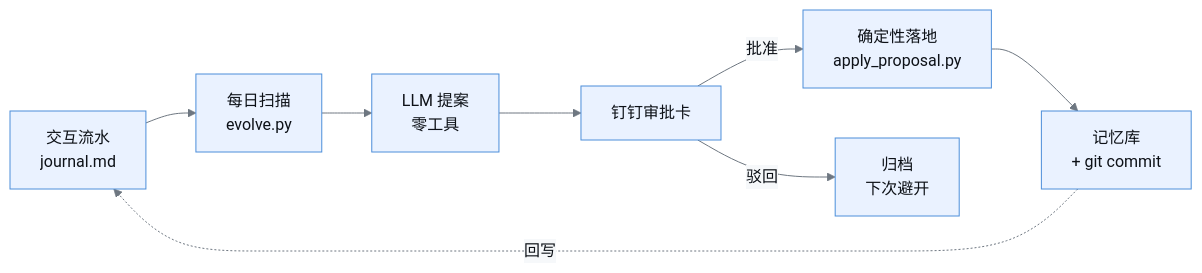
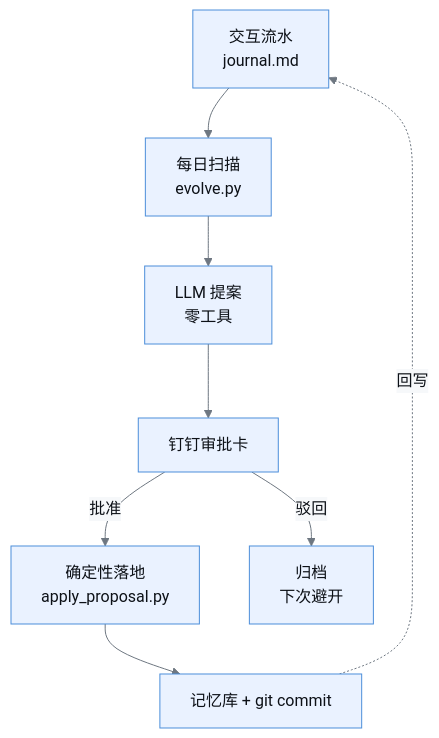
One commit to Cappuccino-y/dingtalk-agent changed the first of 2 diagrams in README.md. Above: the diagram before and after it, drawn with Mermaid.

Commit message:
docs(readme): 闭环图改 TB 方向，避开 GitHub 缩放控件遮挡末端节点
LR 方向下最右侧的「记忆库」节点被 GitHub 的 mermaid 缩放按钮盖住，
静态看就是文字被压。改成 TB 后末端节点落到下方，不再冲突。

````diff
--- a/README.md
+++ b/README.md
@@ -44,11 +44,11 @@
 ```mermaid
 %%{init: {'theme':'base','themeVariables':{'primaryColor':'#eaf2ff','primaryTextColor':'#0d1117','primaryBorderColor':'#4c8eda','lineColor':'#6e7781','secondaryColor':'#f6f8fa','tertiaryColor':'#ffffff','fontFamily':'ui-sans-serif, system-ui, sans-serif'}}}%%
-flowchart LR
+flowchart TB
   J["交互流水<br/>journal.md"] --> E["每日扫描<br/>evolve.py"]
   E --> L["LLM 提案<br/>零工具"]
   L --> C["钉钉审批卡"]
   C -->|批准| A["确定性落地<br/>apply_proposal.py"]
   C -->|驳回| R["归档<br/>下次避开"]
-  A --> M["记忆库<br/>+ git commit"]
+  A --> M["记忆库 + git commit"]
   M -.回写.-> J
 ```
````
